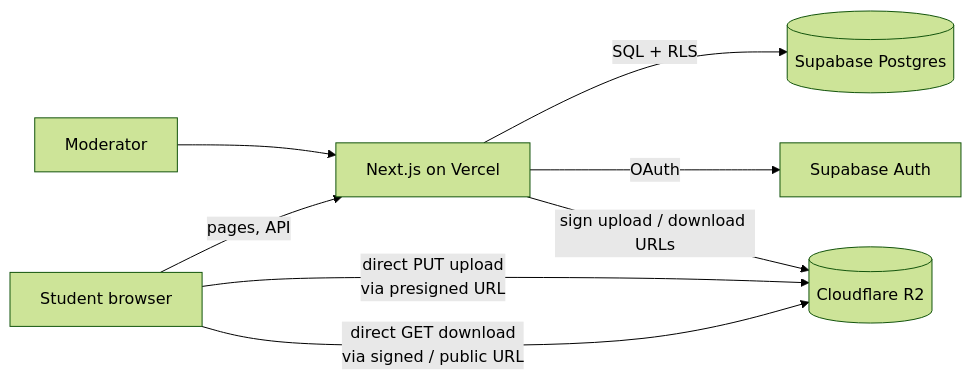
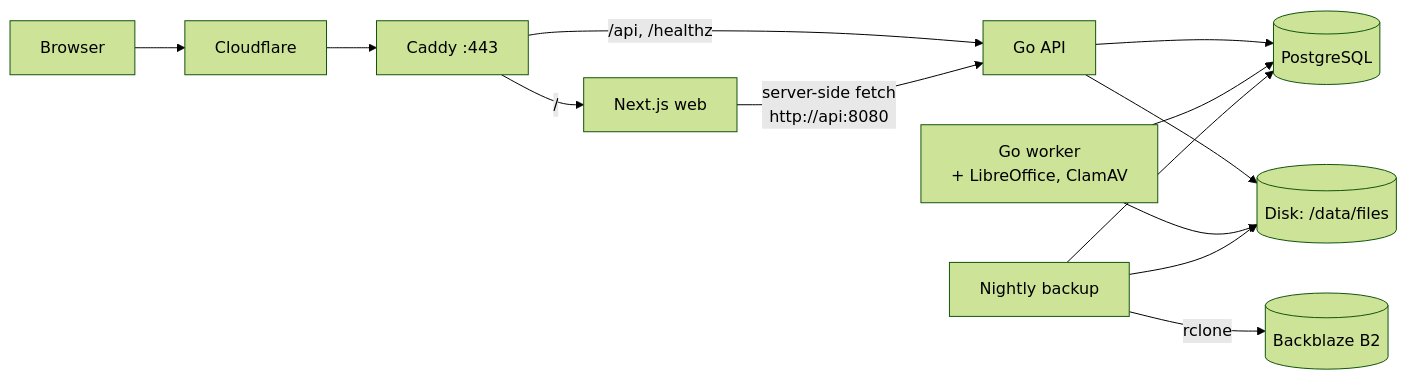
The first of 3 diagrams in docs/SYSTEM_DESIGN.md (Nurasick/NUPP), drawn with Mermaid (forest theme) before and after one commit. The commit also changed other lines of this file and 1 other file, not shown here.

````diff
--- a/docs/SYSTEM_DESIGN.md
+++ b/docs/SYSTEM_DESIGN.md
@@ -65,10 +67,15 @@
 ```mermaid
 flowchart LR
-    U[Student browser] -->|pages, API| V[Next.js on Vercel]
-    V -->|SQL + RLS| DB[(Supabase Postgres)]
-    V -->|OAuth| AUTH[Supabase Auth]
-    V -->|sign upload / download URLs| R2[(Cloudflare R2)]
-    U -->|direct PUT upload\nvia presigned URL| R2
-    U -->|direct GET download\nvia signed / public URL| R2
-    M[Moderator] --> V
+    B[Browser] --> CF[Cloudflare]
+    CF --> C[Caddy :443]
+    C -->|/| W[Next.js web]
+    C -->|/api, /healthz| A[Go API]
+    W -->|server-side fetch\nhttp://api:8080| A
+    A --> P[(PostgreSQL)]
+    A --> D[(Disk: /data/files)]
+    K[Go worker\n+ LibreOffice, ClamAV] --> P
+    K --> D
+    BK[Nightly backup] --> P
+    BK --> D
+    BK -->|rclone| B2[(Backblaze B2)]
 ```
````
